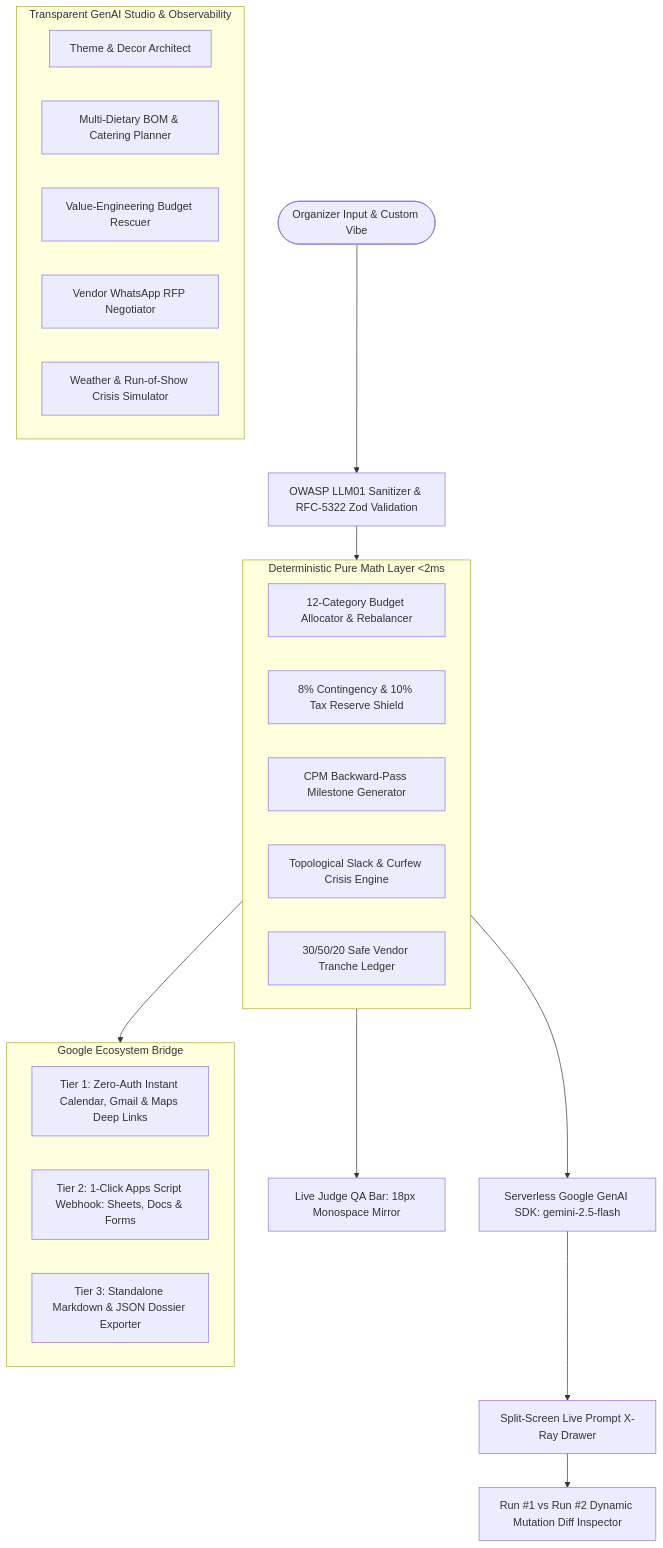
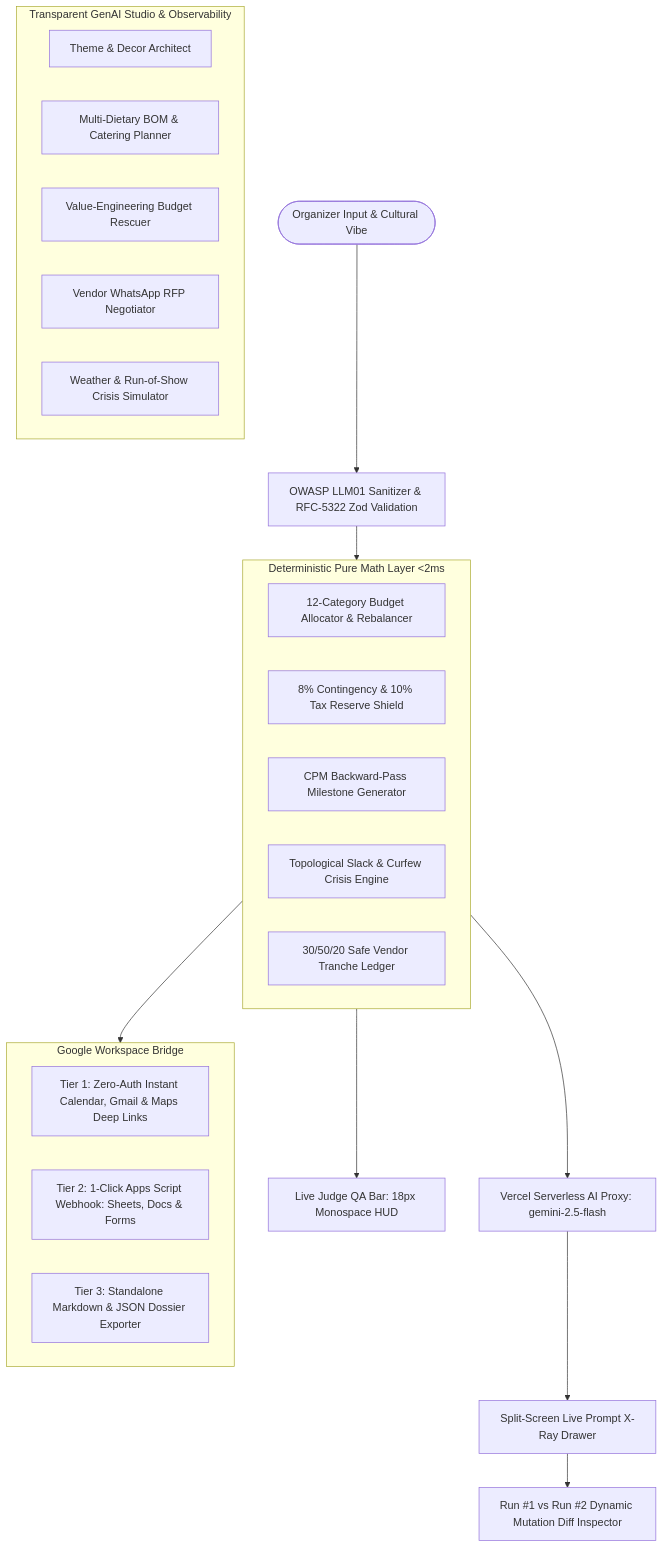
One commit to TinFox213/UtsavOS changed the diagram in README.md. Above: the diagram before and after it, drawn with Mermaid. The commit also changed other lines of this file and 8 other files, not shown here.

````diff
--- a/README.md
+++ b/README.md
@@ -17,34 +48,34 @@
 ```mermaid
 flowchart TD
-    User([Organizer Input & Custom Vibe]) --> Security[OWASP LLM01 Sanitizer & RFC-5322 Zod Validation]
+    User([Organizer Input & Cultural Vibe]) --> Security[OWASP LLM01 Sanitizer & RFC-5322 Zod Validation]
     Security --> MathEngine{Deterministic Isomorphic Math Engines}
     
     subgraph MathEngine [Deterministic Pure Math Layer <2ms]
         B1[12-Category Budget Allocator & Rebalancer]
         B2[8% Contingency & 10% Tax Reserve Shield]
         B3[CPM Backward-Pass Milestone Generator]
         B4[Topological Slack & Curfew Crisis Engine]
         B5[30/50/20 Safe Vendor Tranche Ledger]
     end
 
-    MathEngine --> InAppQA[Live Judge QA Bar: 18px Monospace Mirror]
-    MathEngine --> GeminiService[Serverless Google GenAI SDK: gemini-2.5-flash]
+    MathEngine --> InAppQA[Live Judge QA Bar: 18px Monospace HUD]
+    MathEngine --> GeminiService[Vercel Serverless AI Proxy: gemini-2.5-flash]
 
     subgraph GenAIStudio [Transparent GenAI Studio & Observability]
         G1[Theme & Decor Architect]
         G2[Multi-Dietary BOM & Catering Planner]
         G3[Value-Engineering Budget Rescuer]
         G4[Vendor WhatsApp RFP Negotiator]
         G5[Weather & Run-of-Show Crisis Simulator]
     end
 
     GeminiService --> SplitScreen[Split-Screen Live Prompt X-Ray Drawer]
     SplitScreen --> DiffEngine[Run #1 vs Run #2 Dynamic Mutation Diff Inspector]
 
     MathEngine --> WorkspaceHub[3-Tier Google Workspace Hub]
-    subgraph WorkspaceHub [Google Ecosystem Bridge]
+    subgraph WorkspaceHub [Google Workspace Bridge]
         W1[Tier 1: Zero-Auth Instant Calendar, Gmail & Maps Deep Links]
         W2[Tier 2: 1-Click Apps Script Webhook: Sheets, Docs & Forms]
         W3[Tier 3: Standalone Markdown & JSON Dossier Exporter]
     end
 ```
````
